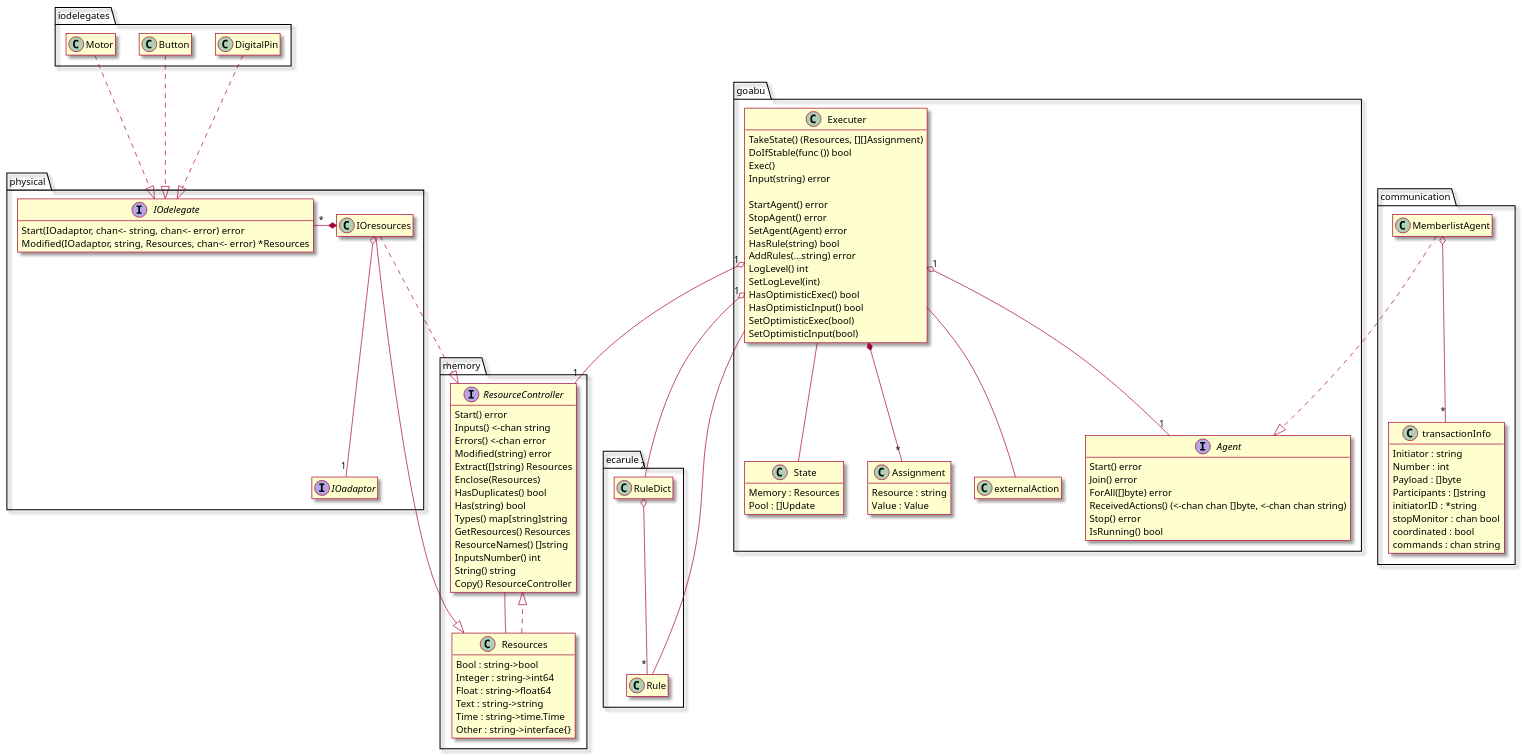
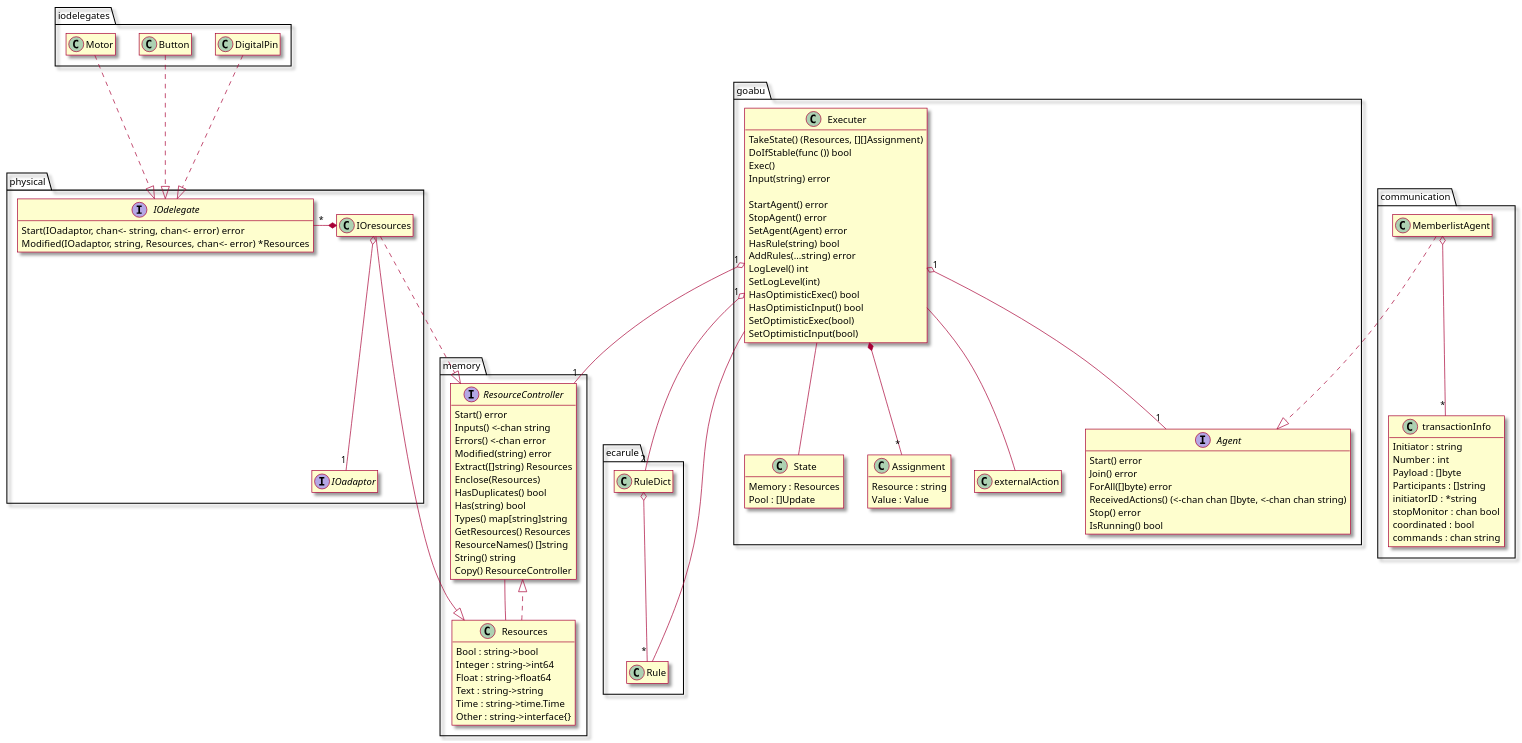
Before and after one commit to abu-lang/goabu: the diagram in docs/class_diagram.puml, drawn with PlantUML. The commit also changed 6 other files, not shown here.

Commit message:
Remove InputsNumber method from ResourceController

```diff
--- a/docs/class_diagram.puml
+++ b/docs/class_diagram.puml
@@ -1,137 +1,136 @@
 @startuml
 skin rose
 hide empty members
 
 package iodelegates {
     class DigitalPin
     class Button
     class Motor
 }
 
 package physical {
     class IOresources {
         adaptor : IOadaptor
     }
     hide IOresources attributes
     interface IOadaptor
     interface IOdelegate {
         Start(IOadaptor, chan<- string, chan<- error) error
         Modified(IOadaptor, string, Resources, chan<- error) *Resources
     }
     IOresources o-- "1" IOadaptor
     IOdelegate "*" -* IOresources
 }
 
 package ecarule {
     class Rule
     class RuleDict
 }
 
 package memory {
     interface ResourceController {
         Start() error
         Inputs() <-chan string
         Errors() <-chan error
         Modified(string) error
         Extract([]string) Resources
         Enclose(Resources)
         HasDuplicates() bool
         Has(string) bool
         Types() map[string]string
         GetResources() Resources
         ResourceNames() []string
-        InputsNumber() int
         String() string
         Copy() ResourceController
     }
     class Resources {
         Bool : string->bool
         Integer : string->int64
         Float : string->float64
         Text : string->string
         Time : string->time.Time
         Other : string->interface{}
     }
     RuleDict o-- "*" Rule
     Resources ..|> ResourceController
     ResourceController -- Resources
 }
 
 package goabu {
     class State {
         Memory : Resources
         Pool : []Update
     }
     class Executer {
         memory : ResourceController
         pool : []Update
         agent : Agent
         localLibrary : string->RuleDict
         globalLibrary : string->RuleDict
 
         TakeState() (Resources, [][]Assignment)
         DoIfStable(func ()) bool
         Exec()
         Input(string) error
 
         StartAgent() error
         StopAgent() error
         SetAgent(Agent) error
         HasRule(string) bool
         AddRules(...string) error
         LogLevel() int
         SetLogLevel(int)
         HasOptimisticExec() bool
         HasOptimisticInput() bool
         SetOptimisticExec(bool)
         SetOptimisticInput(bool)
     }
     hide Executer attributes
     interface Agent {
         Start() error
         Join() error
         ForAll([]byte) error
         ReceivedActions() (<-chan chan []byte, <-chan chan string)
         Stop() error
         IsRunning() bool
     }
     class Assignment {
         Resource : string
         Value : Value
     }
     class externalAction
 
     Executer "1" o-- "1" Agent
     Executer *-- "*" Assignment
     Executer -- externalAction
     Executer -- State
 }
 
 package communication {
     class MemberlistAgent
     class transactionInfo {
         Initiator : string
         Number : int
         Payload : []byte
         Participants : []string
         initiatorID : *string
         stopMonitor : chan bool
         coordinated : bool
         commands : chan string
     }
     MemberlistAgent o-- "*" transactionInfo
 }
 
 DigitalPin ..|> IOdelegate
 Button ..|> IOdelegate
 Motor ..|> IOdelegate
 
 IOresources ..|> ResourceController
 IOresources --|> Resources
 
 Executer "1" o-- "1" ResourceController
 Executer "1" o-- "2" RuleDict
 Executer -- Rule
 
 MemberlistAgent ..|> Agent
 @enduml
```
